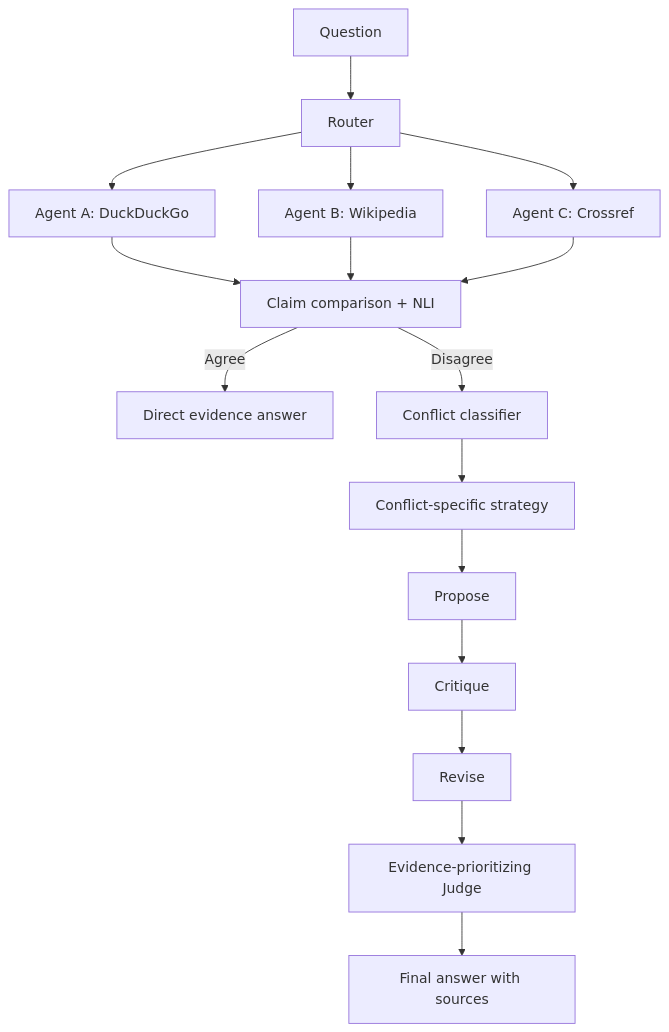
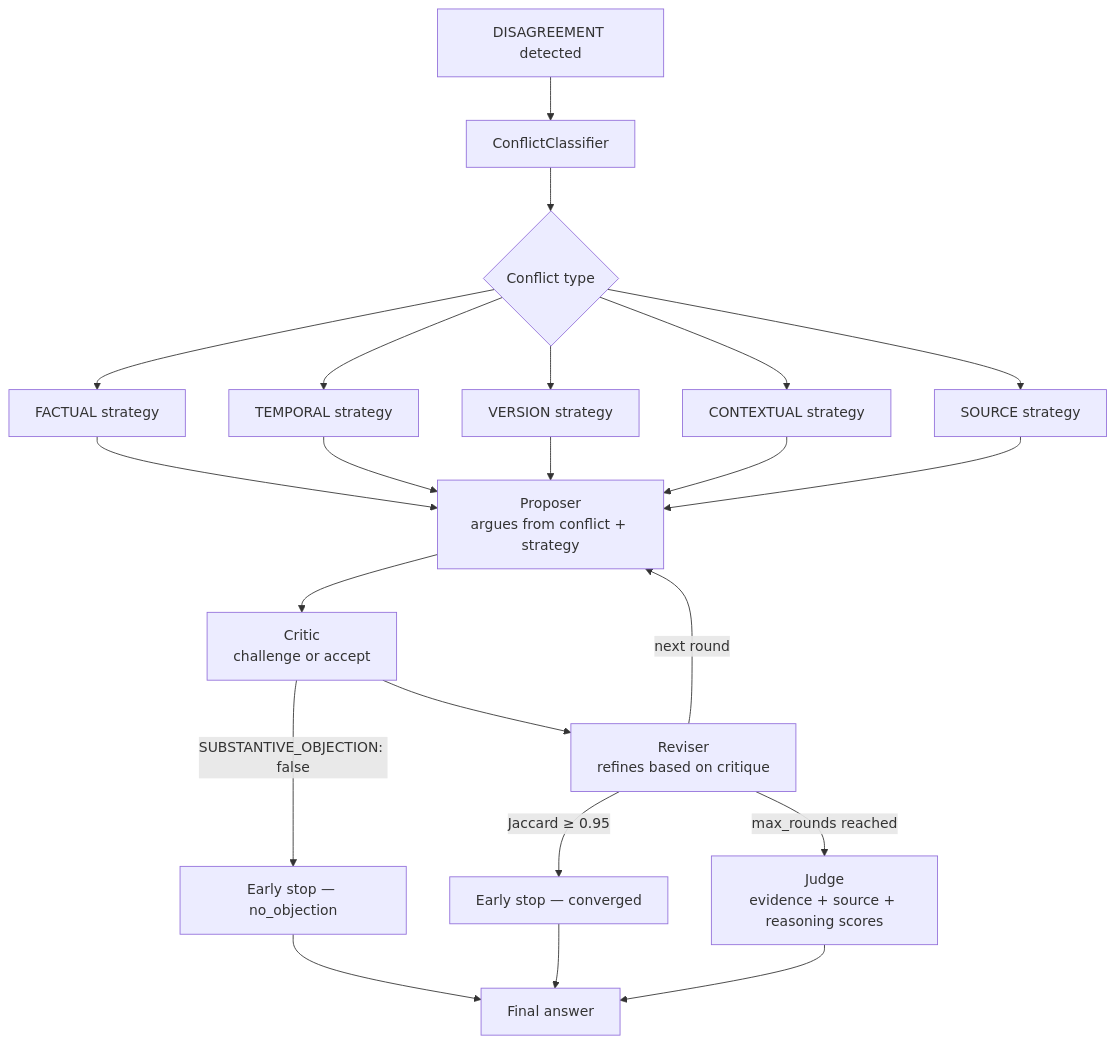
One commit to sasikiran-workmode/MAD-2 changed the third of 5 diagrams in README.md. Above: the diagram before and after it, drawn with Mermaid. The commit also changed other lines of this file and 2 other files, not shown here.

````diff
--- a/README.md
+++ b/README.md
@@ -233,18 +254,21 @@
 ```mermaid
 flowchart TD
- Q[Question] --> R[Router]
- R --> A[Agent A: DuckDuckGo]
- R --> B[Agent B: Wikipedia]
- R --> C[Agent C: Crossref]
- A --> X[Claim comparison + NLI]
- B --> X
- C --> X
- X -->|Agree| D[Direct evidence answer]
- X -->|Disagree| T[Conflict classifier]
- T --> S[Conflict-specific strategy]
- S --> P[Propose]
- P --> K[Critique]
- K --> V[Revise]
- V --> J[Evidence-prioritizing Judge]
- J --> F[Final answer with sources]
+    D[DISAGREEMENT detected] --> CLF[ConflictClassifier]
+    CLF --> TYPE{Conflict type}
+    TYPE --> F[FACTUAL strategy]
+    TYPE --> T[TEMPORAL strategy]
+    TYPE --> V[VERSION strategy]
+    TYPE --> C[CONTEXTUAL strategy]
+    TYPE --> S[SOURCE strategy]
+
+    F & T & V & C & S --> P[Proposer\nargues from conflict + strategy]
+    P --> CR[Critic\nchallenge or accept]
+    CR -->|SUBSTANTIVE_OBJECTION: false| ES1[Early stop — no_objection]
+    CR --> RV[Reviser\nrefines based on critique]
+    RV -->|Jaccard ≥ 0.95| ES2[Early stop — converged]
+    RV -->|next round| P
+    RV -->|max_rounds reached| JD[Judge\nevidence + source + reasoning scores]
+    JD --> ANS[Final answer]
+    ES1 --> ANS
+    ES2 --> ANS
 ```
````
